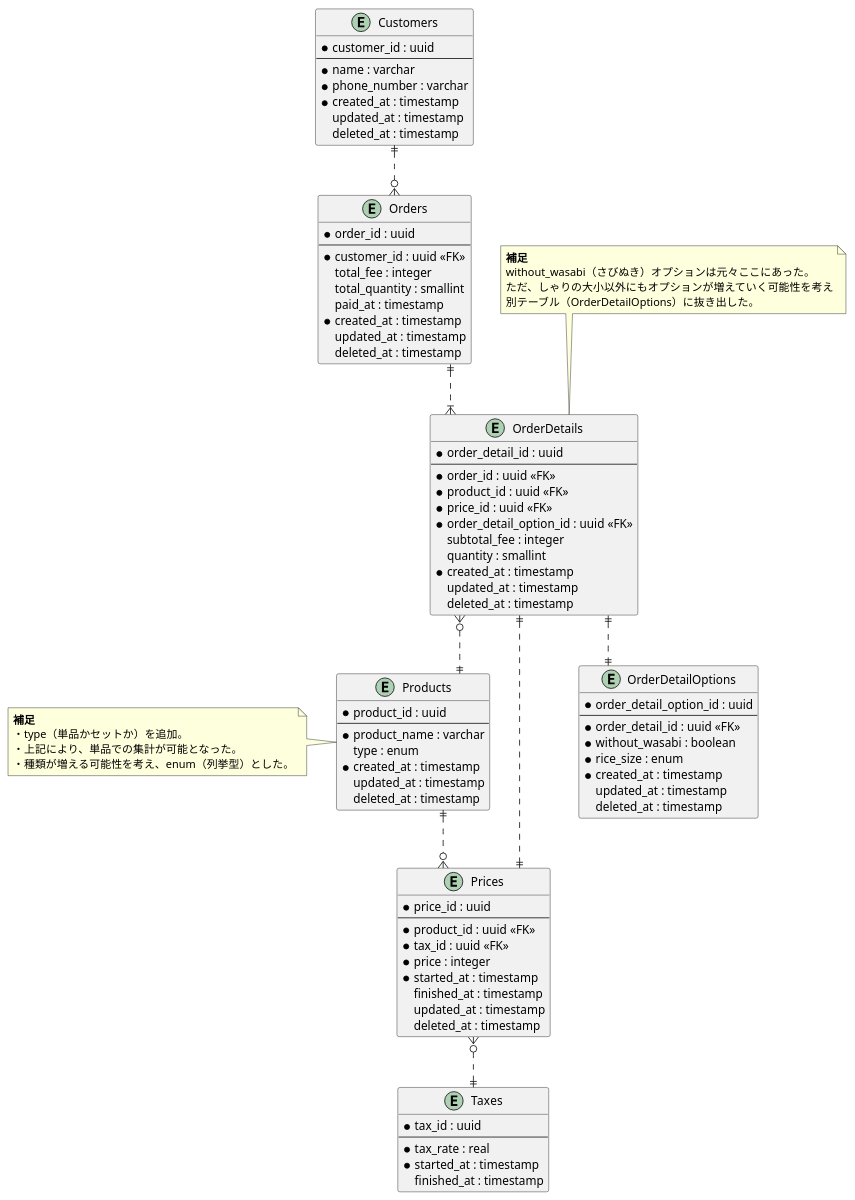
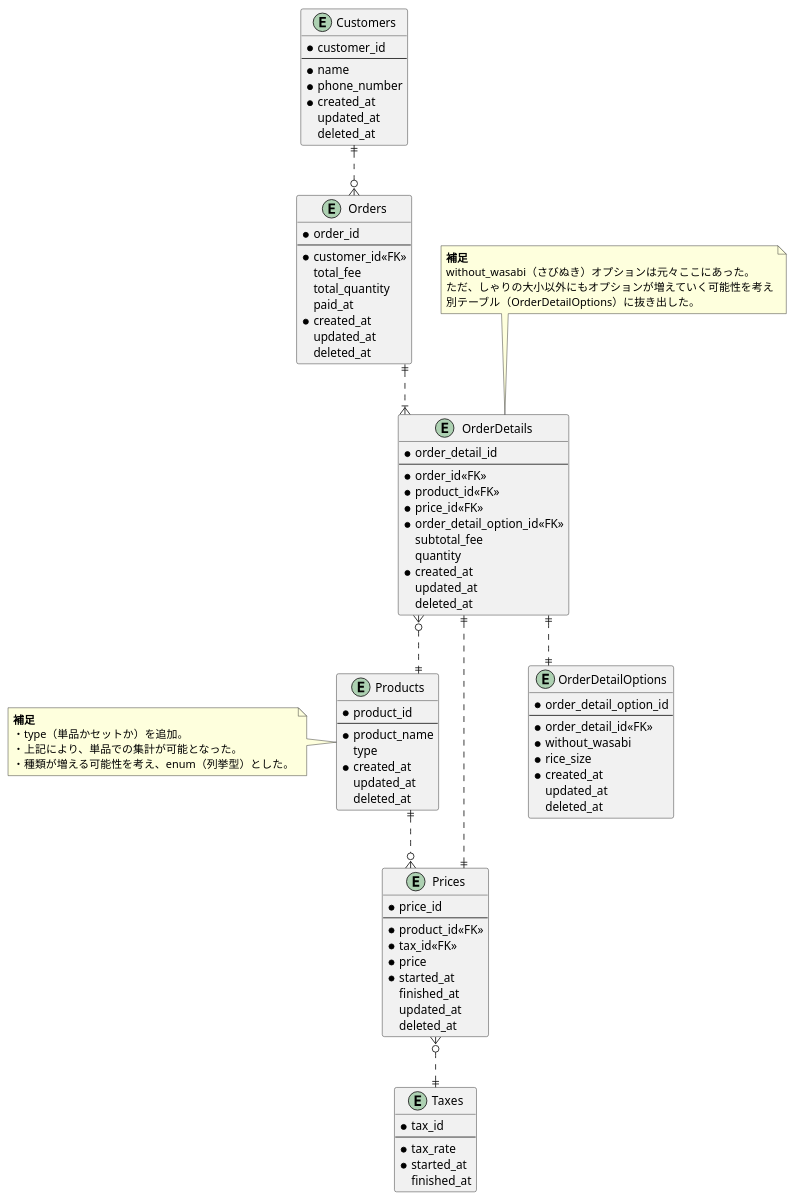
The diagram in 01_データベース設計/01_DBモデリング1/02_課題2/sushi_ordering_schema_02.puml (moritanuki/praha_challenge), drawn with PlantUML before and after one commit. The commit also changed 2 other files, not shown here.

```diff
--- a/01_データベース設計/01_DBモデリング1/02_課題2/sushi_ordering_schema_02.puml
+++ b/01_データベース設計/01_DBモデリング1/02_課題2/sushi_ordering_schema_02.puml
@@ -1,112 +1,112 @@
 @startuml sushi_ordering_schema_02
 
 skinparam {
   ' カーディナリティ斜め対策
    linetype ortho
 }
 
 ' 顧客マスタ
 entity "Customers" as Customers {
-  * customer_id : uuid
+  * customer_id
   --
-  * name : varchar
-  * phone_number : varchar
-  * created_at : timestamp
-    updated_at : timestamp
-    deleted_at : timestamp
+  * name
+  * phone_number
+  * created_at
+    updated_at
+    deleted_at
 }
 
 ' 商品マスタ
 entity "Products" as Products {
-  * product_id : uuid
+  * product_id
   --
-  * product_name : varchar
-    type : enum
-  * created_at : timestamp
-    updated_at : timestamp
-    deleted_at : timestamp
+  * product_name
+    type
+  * created_at
+    updated_at
+    deleted_at
 }
 
 note left of Products
   <b>補足</b>
   ・type（単品かセットか）を追加。
   ・上記により、単品での集計が可能となった。
   ・種類が増える可能性を考え、enum（列挙型）とした。
 end note
 
 ' 商品金額テーブル
 entity "Prices" as Prices {
-  * price_id : uuid
+  * price_id
   --
-  * product_id : uuid <<FK>>
-  * tax_id : uuid <<FK>>
-  * price : integer
-  * started_at : timestamp
-    finished_at : timestamp
-    updated_at : timestamp
-    deleted_at : timestamp
+  * product_id<<FK>>
+  * tax_id<<FK>>
+  * price
+  * started_at
+    finished_at
+    updated_at
+    deleted_at
 }
 
 ' 消費税マスタ
 entity "Taxes" as Taxes {
-  * tax_id : uuid
+  * tax_id
   --
-  * tax_rate : real
-  * started_at : timestamp
-    finished_at : timestamp
+  * tax_rate
+  * started_at
+    finished_at
 }
 
 ' 注文テーブル
 entity "Orders" as Orders {
-  * order_id : uuid
+  * order_id
   --
-  * customer_id : uuid <<FK>>
-    total_fee : integer
-    total_quantity : smallint
-    paid_at : timestamp
-  * created_at : timestamp
-    updated_at : timestamp
-    deleted_at : timestamp
+  * customer_id<<FK>>
+    total_fee
+    total_quantity
+    paid_at
+  * created_at
+    updated_at
+    deleted_at
 }
 
 entity "OrderDetails" as OrderDetails {
-  * order_detail_id : uuid
+  * order_detail_id
   --
-  * order_id : uuid <<FK>>
-  * product_id : uuid <<FK>>
-  * price_id : uuid <<FK>>
-  * order_detail_option_id : uuid <<FK>>
-    subtotal_fee : integer
-    quantity : smallint
-  * created_at : timestamp
-    updated_at : timestamp
-    deleted_at : timestamp
+  * order_id<<FK>>
+  * product_id<<FK>>
+  * price_id<<FK>>
+  * order_detail_option_id<<FK>>
+    subtotal_fee
+    quantity
+  * created_at
+    updated_at
+    deleted_at
 }
 
 note top of OrderDetails
   <b>補足</b>
   without_wasabi（さびぬき）オプションは元々ここにあった。
   ただ、しゃりの大小以外にもオプションが増えていく可能性を考え
   別テーブル（OrderDetailOptions）に抜き出した。
 end note
 
 entity "OrderDetailOptions" as OrderDetailOptions {
-  * order_detail_option_id : uuid
+  * order_detail_option_id
   --
-  * order_detail_id : uuid <<FK>>
-  * without_wasabi : boolean
-  * rice_size : enum
-  * created_at : timestamp
-    updated_at : timestamp
-    deleted_at : timestamp
+  * order_detail_id<<FK>>
+  * without_wasabi
+  * rice_size
+  * created_at
+    updated_at
+    deleted_at
 }
 
 Customers ||..o{ Orders
 Orders ||..|{ OrderDetails
 OrderDetails ||..|| OrderDetailOptions
 OrderDetails }o..|| Products
 OrderDetails ||..|| Prices
 Products ||..o{ Prices
 Prices }o..|| Taxes
 
 @enduml
```
